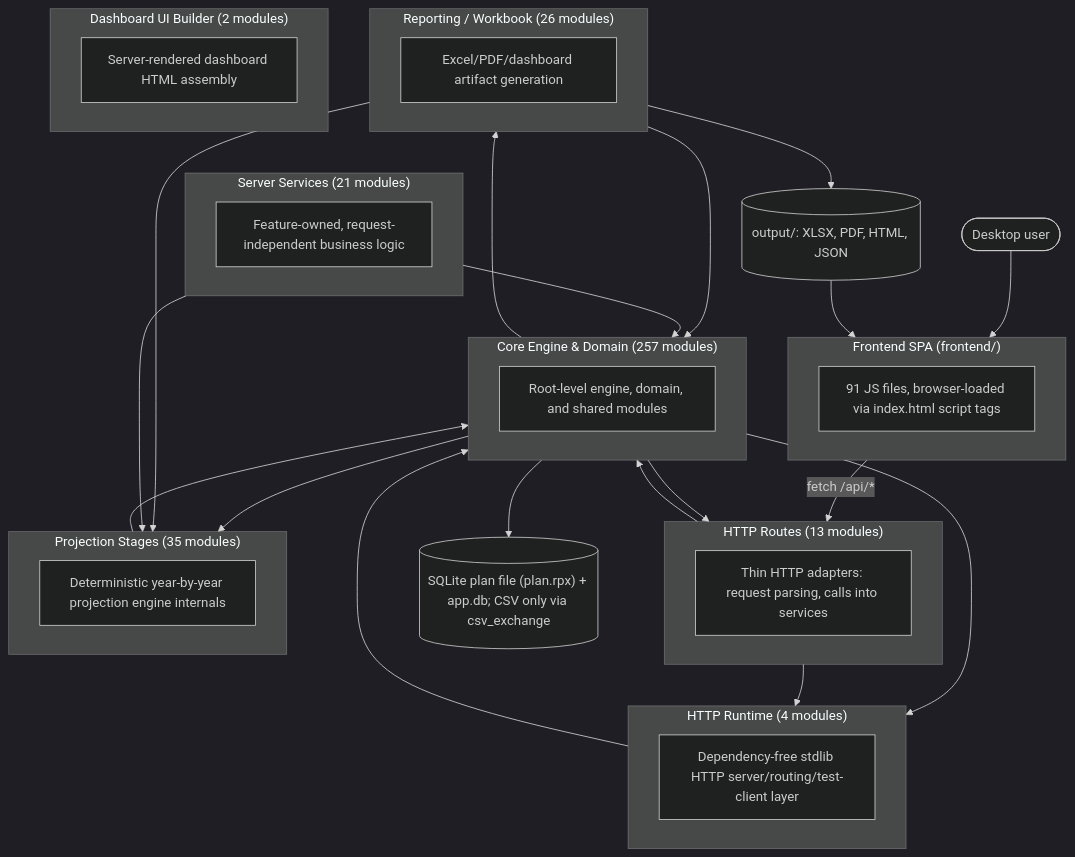
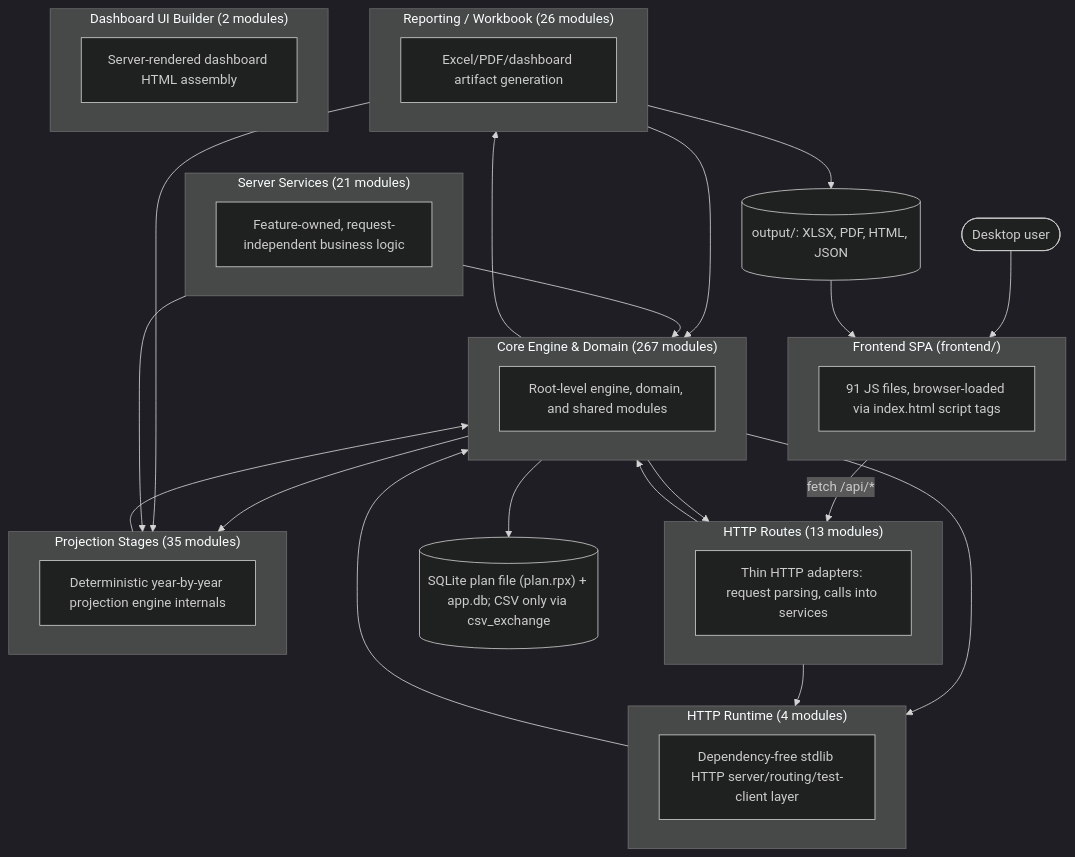
One commit to matthartzman/retirement_system changed the first of 2 diagrams in documentation/reference/SYSTEM_ARCHITECTURE_DIAGRAM.md. Above: the diagram before and after it, drawn with Mermaid (dark theme). The commit also changed other lines of this file and 26 other files, not shown here.

````diff
--- a/documentation/reference/SYSTEM_ARCHITECTURE_DIAGRAM.md
+++ b/documentation/reference/SYSTEM_ARCHITECTURE_DIAGRAM.md
@@ -11,44 +11,44 @@
 ```mermaid
 flowchart TB
     User(["Desktop user"]) --> FE
     subgraph FE["Frontend SPA (frontend/)"]
         FEcount["91 JS files, browser-loaded via index.html script tags"]
     end
     FE -->|fetch /api/*| L_HTTP_Routes
     subgraph L_HTTP_Routes["HTTP Routes (13 modules)"]
         L_HTTP_Routes_d["Thin HTTP adapters: request parsing, calls into services"]
     end
     subgraph L_Server_Services["Server Services (21 modules)"]
         L_Server_Services_d["Feature-owned, request-independent business logic"]
     end
     subgraph L_HTTP_Runtime["HTTP Runtime (4 modules)"]
         L_HTTP_Runtime_d["Dependency-free stdlib HTTP server/routing/test-client layer"]
     end
-    subgraph L_Core_Engine___Domain["Core Engine & Domain (257 modules)"]
+    subgraph L_Core_Engine___Domain["Core Engine & Domain (267 modules)"]
         L_Core_Engine___Domain_d["Root-level engine, domain, and shared modules"]
     end
     subgraph L_Projection_Stages["Projection Stages (35 modules)"]
         L_Projection_Stages_d["Deterministic year-by-year projection engine internals"]
     end
     subgraph L_Reporting___Workbook["Reporting / Workbook (26 modules)"]
         L_Reporting___Workbook_d["Excel/PDF/dashboard artifact generation"]
     end
     subgraph L_Dashboard_UI_Builder["Dashboard UI Builder (2 modules)"]
         L_Dashboard_UI_Builder_d["Server-rendered dashboard HTML assembly"]
     end
     L_Core_Engine___Domain --> L_HTTP_Routes
     L_Core_Engine___Domain --> L_HTTP_Runtime
     L_Core_Engine___Domain --> L_Projection_Stages
     L_Core_Engine___Domain --> L_Reporting___Workbook
     L_HTTP_Routes --> L_Core_Engine___Domain
     L_HTTP_Routes --> L_HTTP_Runtime
     L_HTTP_Runtime --> L_Core_Engine___Domain
     L_Projection_Stages --> L_Core_Engine___Domain
     L_Reporting___Workbook --> L_Core_Engine___Domain
     L_Reporting___Workbook --> L_Projection_Stages
     L_Server_Services --> L_Core_Engine___Domain
     L_Server_Services --> L_Projection_Stages
     L_Core_Engine___Domain --> DB[("SQLite plan file (plan.rpx) + app.db; CSV only via csv_exchange")]
     L_Reporting___Workbook --> Outputs[("output/: XLSX, PDF, HTML, JSON")]
     Outputs --> FE
 ```
````
